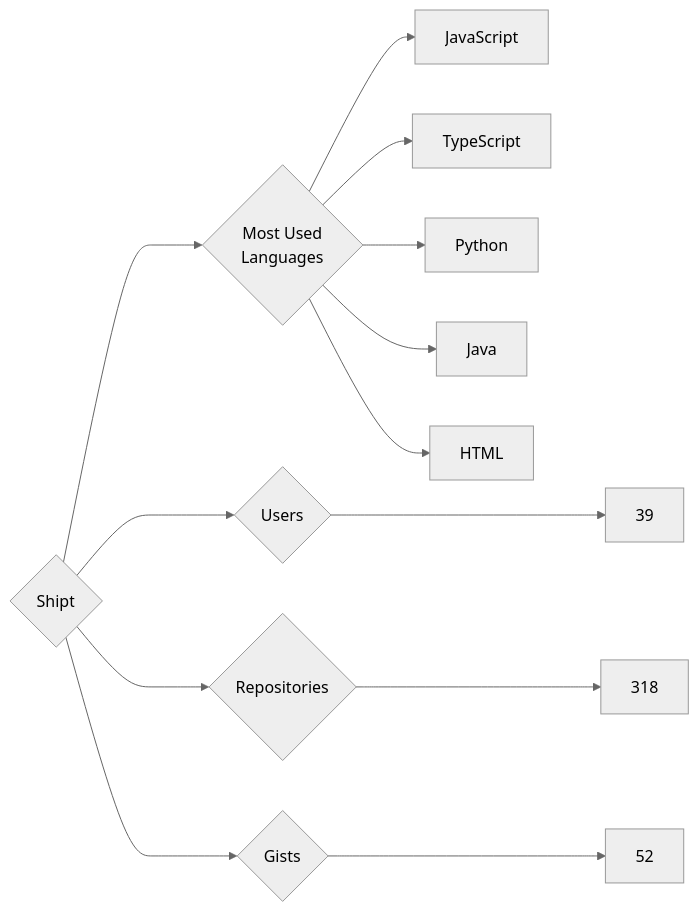
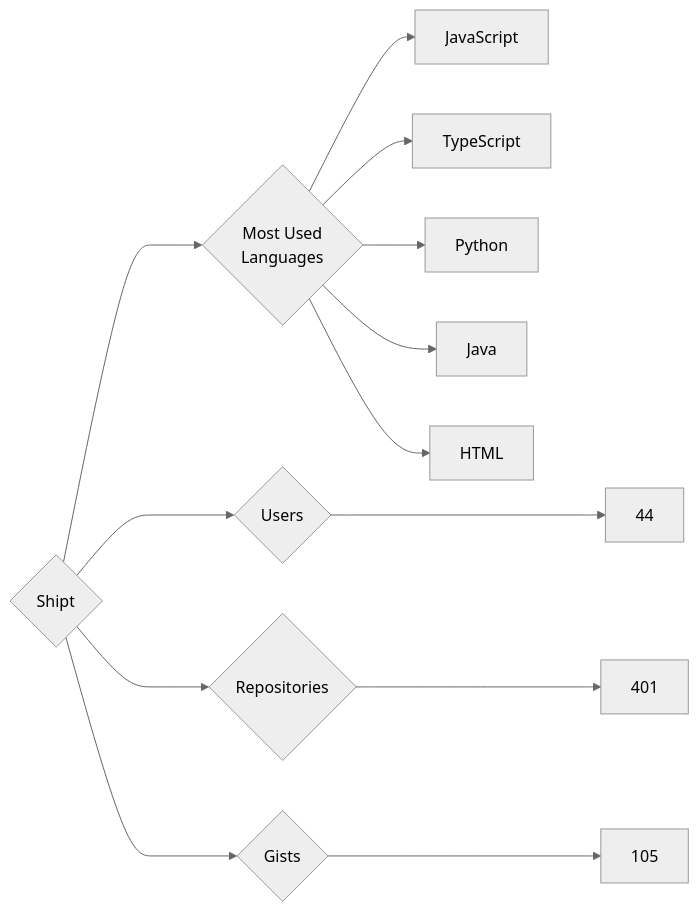
Before and after one commit to trickest/insiders: the diagram in targets/Shipt/README.md, drawn with Mermaid (neutral theme). The commit also changed 886 other files, not shown here.

````diff
--- a/targets/Shipt/README.md
+++ b/targets/Shipt/README.md
@@ -3,13 +3,13 @@
 ```mermaid
 graph LR
 COMPANY_NAME{Shipt}
-COMPANY_NAME ---> U{Users} ---> UN[39]
-COMPANY_NAME ---> R{Repositories} ---> RN[318]
-COMPANY_NAME ---> G{Gists} ---> GN[52]
+COMPANY_NAME ---> U{Users} ---> UN[44]
+COMPANY_NAME ---> R{Repositories} ---> RN[401]
+COMPANY_NAME ---> G{Gists} ---> GN[105]
 COMPANY_NAME ---> ML{Most Used<br>Languages}
 ML --> JavaScript[JavaScript]
 ML --> TypeScript[TypeScript]
 ML --> Python[Python]
 ML --> Java[Java]
 ML --> HTML[HTML]
 ```
````
